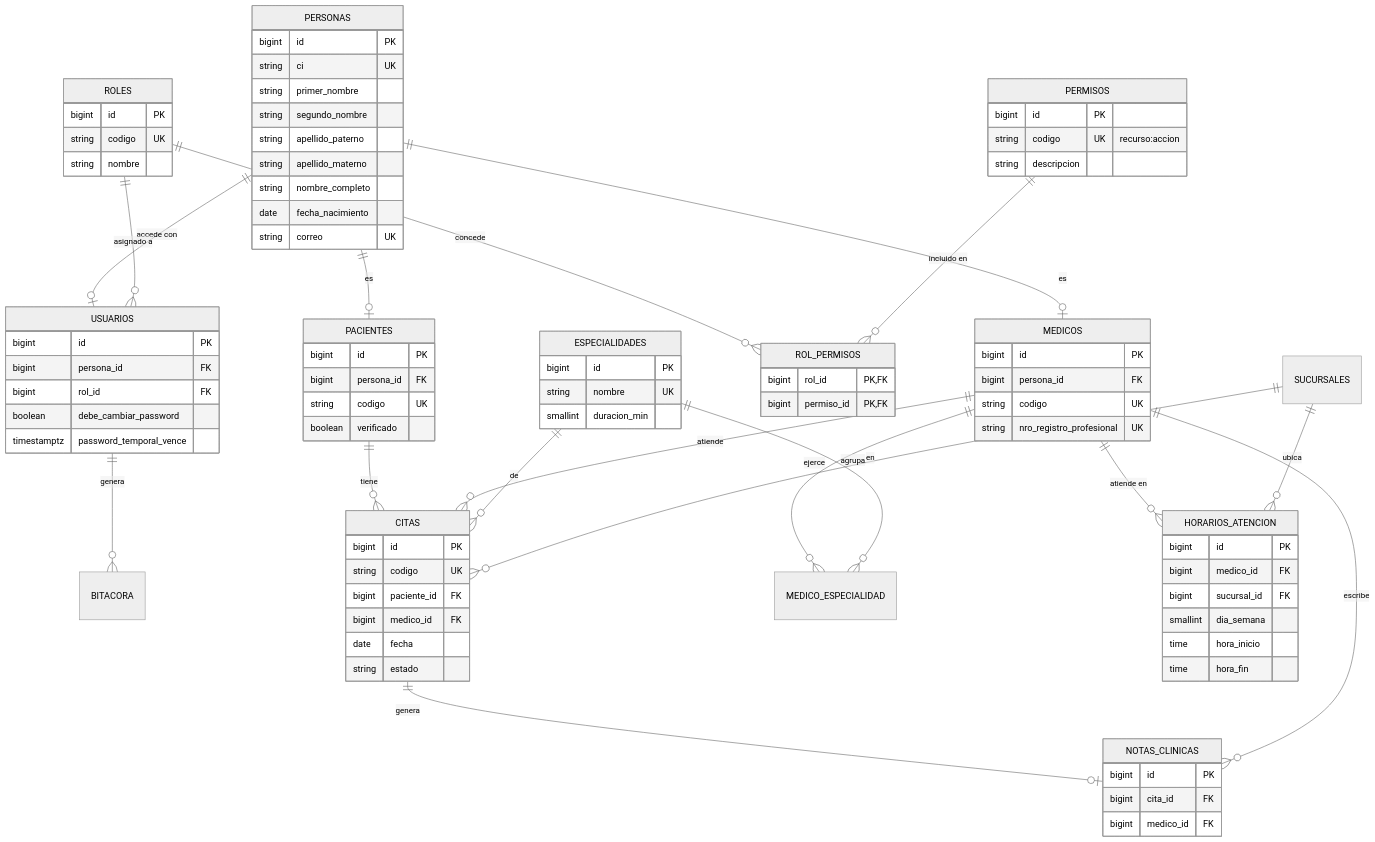
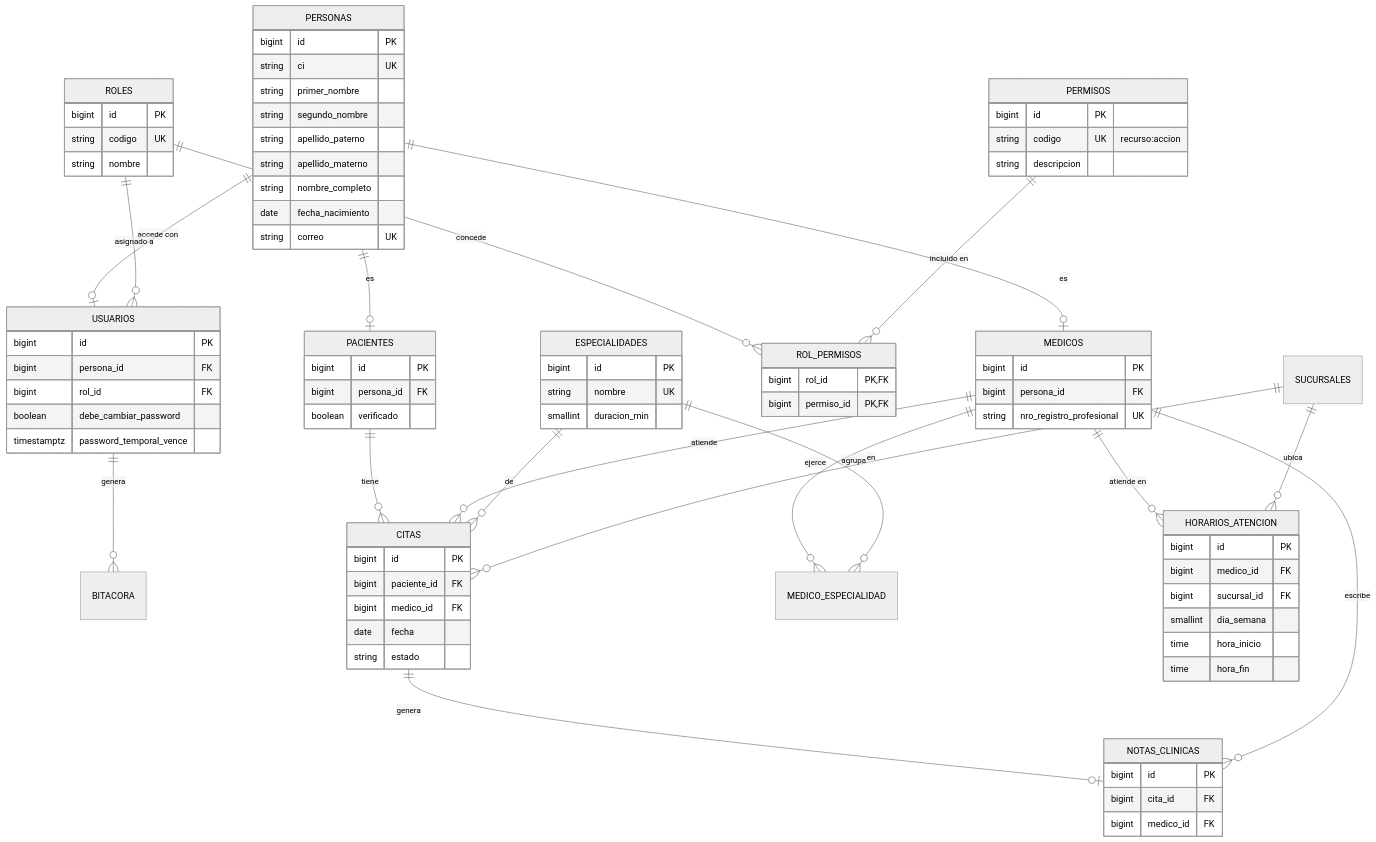
One commit to Einarpd26/2do-examen-ing-requisitos changed diagram 14 of 14 in documento/Informe-Final.md. Above: the diagram before and after it, drawn with Mermaid (neutral theme). The commit also changed other lines of this file, not shown here.

Commit message:
docs(informe): definir el codigo como el id y mostrarlo con formato, y aclarar la matricula del medico

```diff
--- a/documento/Informe-Final.md
+++ b/documento/Informe-Final.md
@@ -1012,13 +1009,11 @@
     PACIENTES {
         bigint id PK
         bigint persona_id FK
-        string codigo UK
         boolean verificado
     }
     MEDICOS {
         bigint id PK
         bigint persona_id FK
-        string codigo UK
         string nro_registro_profesional UK
     }
     ESPECIALIDADES {
@@ -1036,7 +1031,6 @@
     }
     CITAS {
         bigint id PK
-        string codigo UK
         bigint paciente_id FK
         bigint medico_id FK
         date fecha
```
